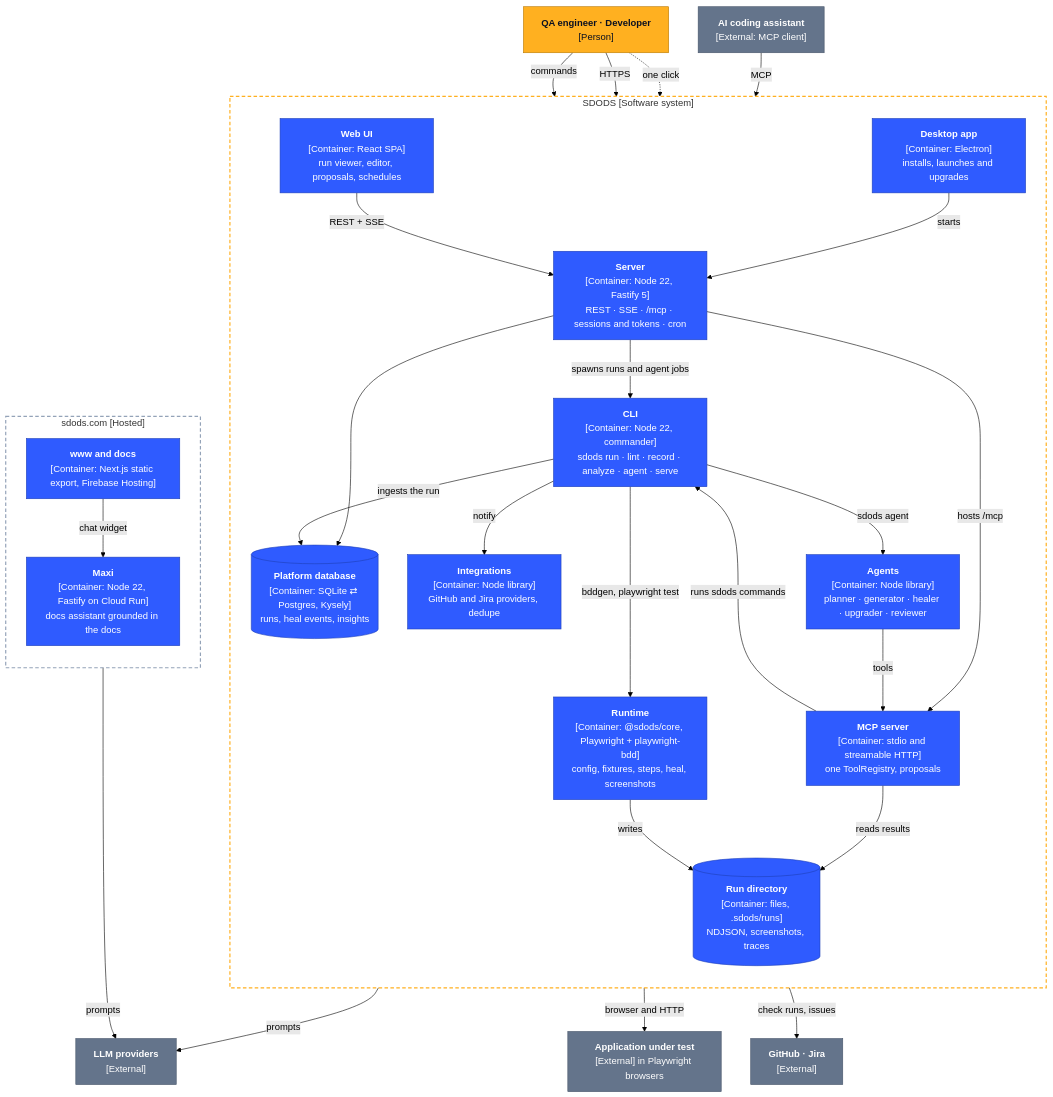
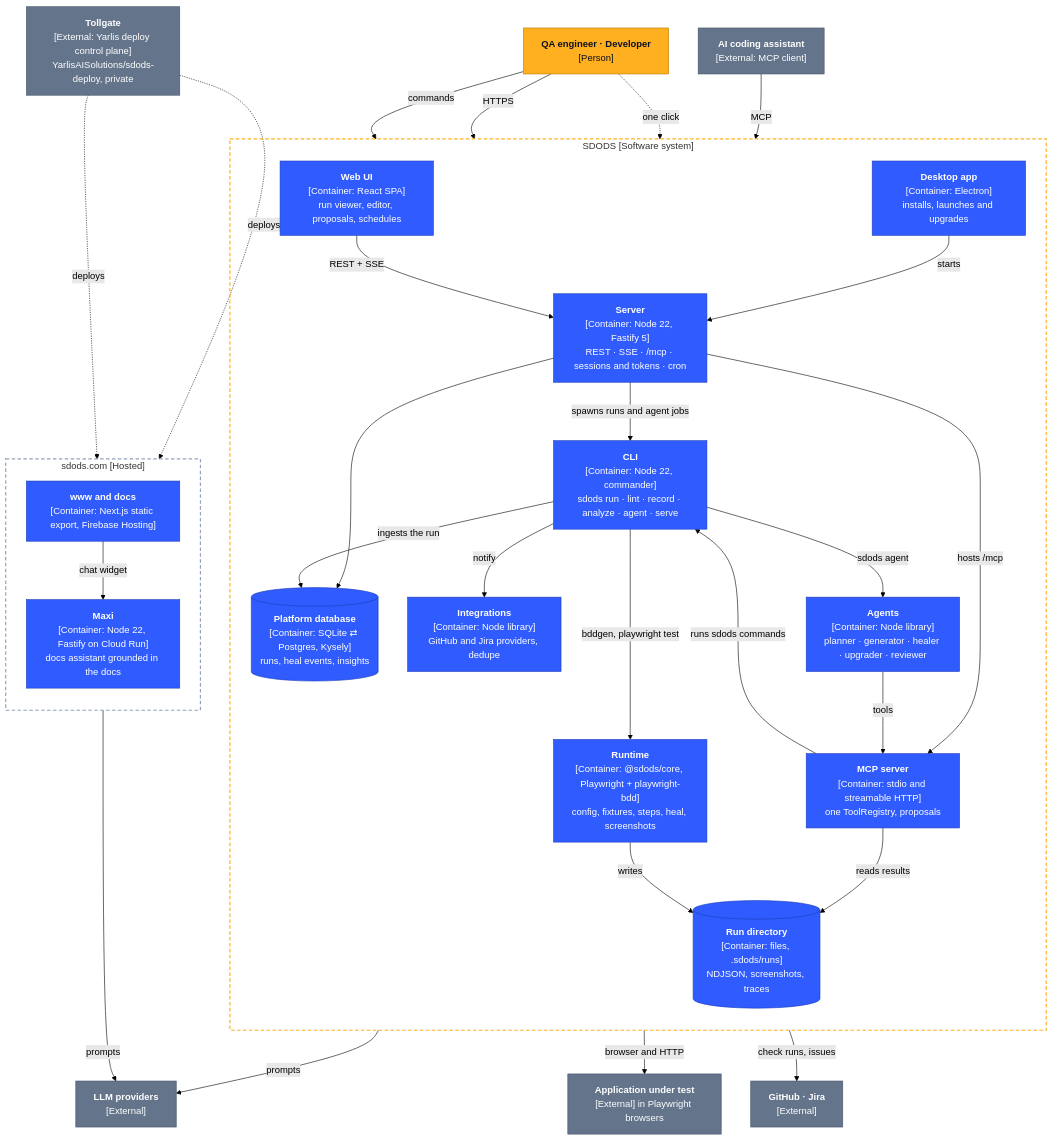
The third of 5 diagrams in README.md (YarlisAISolutions/SDODS), drawn with Mermaid (forest theme) before and after one commit. The commit also changed other lines of this file and 6 other files, not shown here.

First line of the commit message:
docs: open-source hygiene for the YarlisAISolutions repository

````diff
--- a/README.md
+++ b/README.md
@@ -271,60 +271,63 @@
 ```mermaid
 flowchart TB
   people["<b>QA engineer · Developer</b><br/>[Person]"]:::person
   ai["<b>AI coding assistant</b><br/>[External: MCP client]"]:::external
 
   subgraph sdods["SDODS [Software system]"]
     direction TB
     desktop["<b>Desktop app</b><br/>[Container: Electron]<br/>installs, launches and upgrades"]:::container
     web["<b>Web UI</b><br/>[Container: React SPA]<br/>run viewer, editor, proposals, schedules"]:::container
     cli["<b>CLI</b><br/>[Container: Node 22, commander]<br/>sdods run · lint · record · analyze · agent · serve"]:::container
     server["<b>Server</b><br/>[Container: Node 22, Fastify 5]<br/>REST · SSE · /mcp · sessions and tokens · cron"]:::container
     mcp["<b>MCP server</b><br/>[Container: stdio and streamable HTTP]<br/>one ToolRegistry, proposals"]:::container
     agents["<b>Agents</b><br/>[Container: Node library]<br/>planner · generator · healer · upgrader · reviewer"]:::container
     core["<b>Runtime</b><br/>[Container: @sdods/core, Playwright + playwright-bdd]<br/>config, fixtures, steps, heal, screenshots"]:::container
     integ["<b>Integrations</b><br/>[Container: Node library]<br/>GitHub and Jira providers, dedupe"]:::container
     db[("<b>Platform database</b><br/>[Container: SQLite ⇄ Postgres, Kysely]<br/>runs, heal events, insights")]:::container
     runs[("<b>Run directory</b><br/>[Container: files, .sdods/runs]<br/>NDJSON, screenshots, traces")]:::container
   end
 
   subgraph hosted["sdods.com [Hosted]"]
     direction TB
     www["<b>www and docs</b><br/>[Container: Next.js static export, Firebase Hosting]"]:::container
     maxi["<b>Maxi</b><br/>[Container: Node 22, Fastify on Cloud Run]<br/>docs assistant grounded in the docs"]:::container
   end
 
+  tollgate["<b>Tollgate</b><br/>[External: Yarlis deploy control plane]<br/>YarlisAISolutions/sdods-deploy, private"]:::external
   aut["<b>Application under test</b><br/>[External] in Playwright browsers"]:::external
   gh["<b>GitHub · Jira</b><br/>[External]"]:::external
   llm["<b>LLM providers</b><br/>[External]"]:::external
 
   people -->|"commands"| cli
   people -->|"HTTPS"| web
   people -.->|"one click"| desktop
   ai -->|"MCP"| mcp
   desktop -->|"starts"| server
   web -->|"REST + SSE"| server
   server -->|"spawns runs and agent jobs"| cli
   server -->|"hosts /mcp"| mcp
   server --> db
   cli -->|"bddgen, playwright test"| core
   cli -->|"ingests the run"| db
   cli -->|"notify"| integ
   mcp -->|"runs sdods commands"| cli
   mcp -->|"reads results"| runs
   cli -->|"sdods agent"| agents
   agents -->|"tools"| mcp
   agents -->|"prompts"| llm
   core -->|"browser and HTTP"| aut
   core -->|"writes"| runs
   integ -->|"check runs, issues"| gh
   www -->|"chat widget"| maxi
   maxi -->|"prompts"| llm
+  tollgate -.->|"deploys"| www
+  tollgate -.->|"deploys"| maxi
 
   classDef person fill:#FFB020,stroke:#B87800,color:#0B1020
   classDef system fill:#1E3FB8,stroke:#FFB020,stroke-width:3px,color:#FFFFFF
   classDef container fill:#2F5BFF,stroke:#1E3FB8,color:#FFFFFF
   classDef component fill:#DCE4FF,stroke:#2F5BFF,color:#0B1020
   classDef external fill:#64748B,stroke:#475569,color:#FFFFFF
   style sdods fill:none,stroke:#FFB020,stroke-width:2px,stroke-dasharray:6 4
   style hosted fill:none,stroke:#94A3B8,stroke-width:2px,stroke-dasharray:6 4
 ```
````
